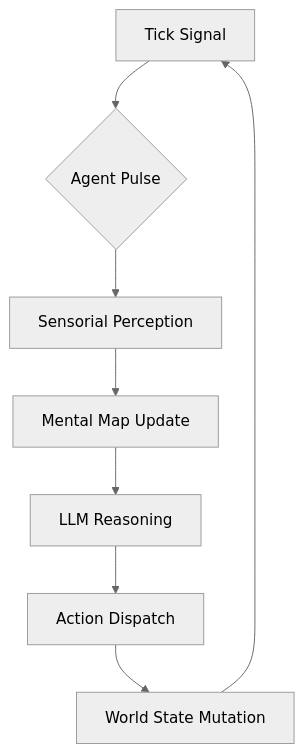
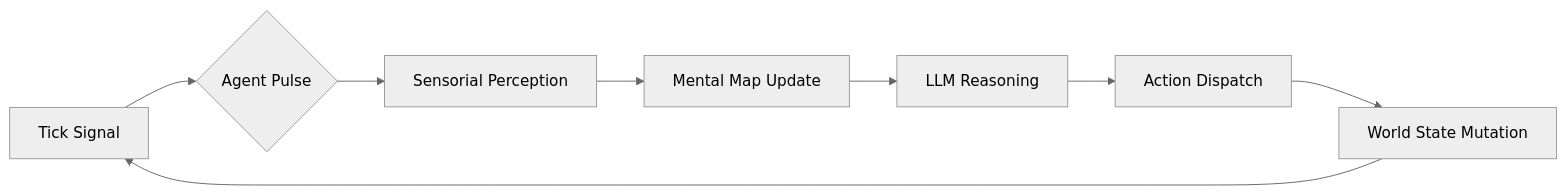
One commit to alexpicode/caosmos changed the diagram in README.md. Above: the diagram before and after it, drawn with Mermaid (neutral theme). The commit also changed other lines of this file and 79 other files, not shown here.

````diff
--- a/README.md
+++ b/README.md
@@ -68,10 +106,10 @@
 ```mermaid
-graph TD
+graph LR
     A[Tick Signal] --> B{Agent Pulse}
     B --> C[Sensorial Perception]
     C --> D[Mental Map Update]
     D --> E[LLM Reasoning]
     E --> F[Action Dispatch]
     F --> G[World State Mutation]
     G --> A
 ```
````
